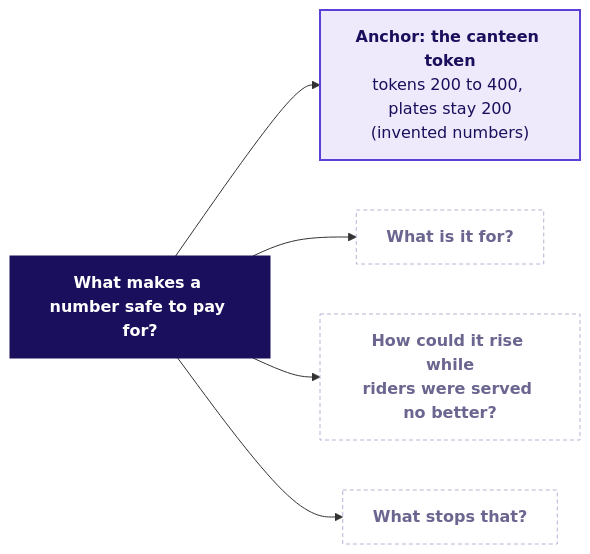
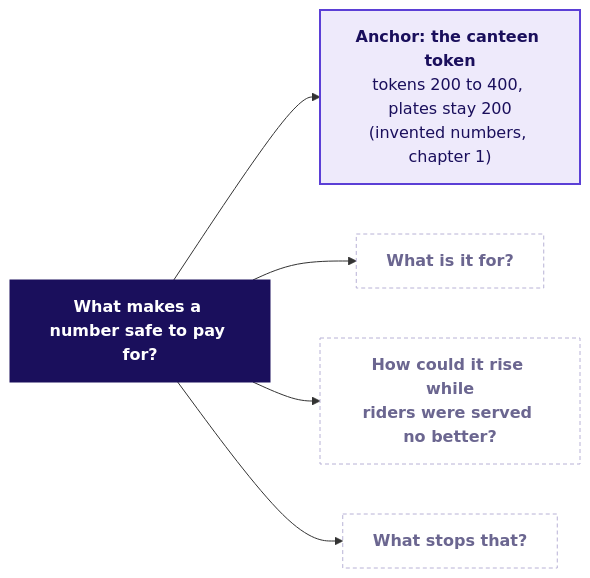
The ninth of 17 diagrams in content/W04/D1/slides/C2_W04_D01_half1_STUDENT.md (fde-academy-lab/c2-content-factory), drawn with Mermaid before and after one commit. The commit also changed other lines of this file and 6 other files, not shown here.

````diff
--- a/content/W04/D1/slides/C2_W04_D01_half1_STUDENT.md
+++ b/content/W04/D1/slides/C2_W04_D01_half1_STUDENT.md
@@ -110,18 +1307,18 @@
 ```mermaid
 flowchart LR
     Q["<b>What makes a number safe to pay for?</b>"]
-    A["<b>Anchor: the canteen token</b><br/>tokens 200 to 400, plates stay 200<br/>(invented numbers)"]
+    A["<b>Anchor: the canteen token</b><br/>tokens 200 to 400, plates stay 200<br/>(invented numbers, chapter 1)"]
     Q1["<b>What is it for?</b>"]
     Q2["<b>How could it rise while<br/>riders were served no better?</b>"]
     Q3["<b>What stops that?</b>"]
     Q --> A
     Q --> Q1
     Q --> Q2
     Q --> Q3
     classDef lit fill:#1A0F5C,stroke:#1A0F5C,color:#FFFFFF
     classDef known fill:#EEEAFB,stroke:#5B3FD6,color:#1A0F5C,stroke-width:2px
     classDef unknown fill:#FFFFFF,stroke:#B8B2D6,color:#6B6690,stroke-dasharray:4 3
     class Q lit
     class A known
     class Q1,Q2,Q3 unknown
 ```
````
